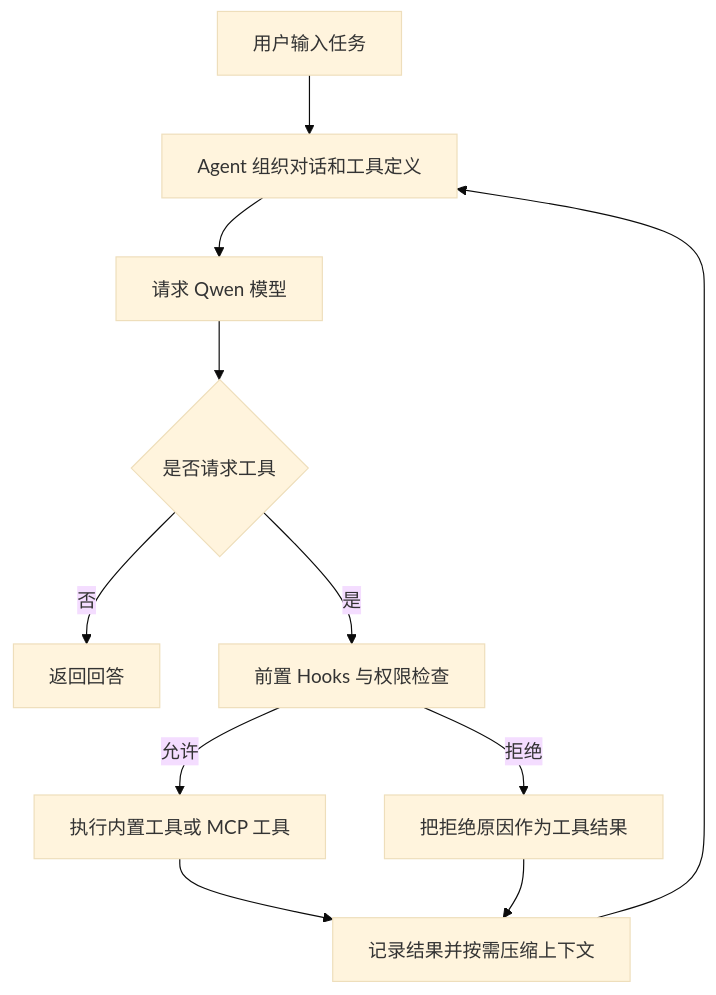
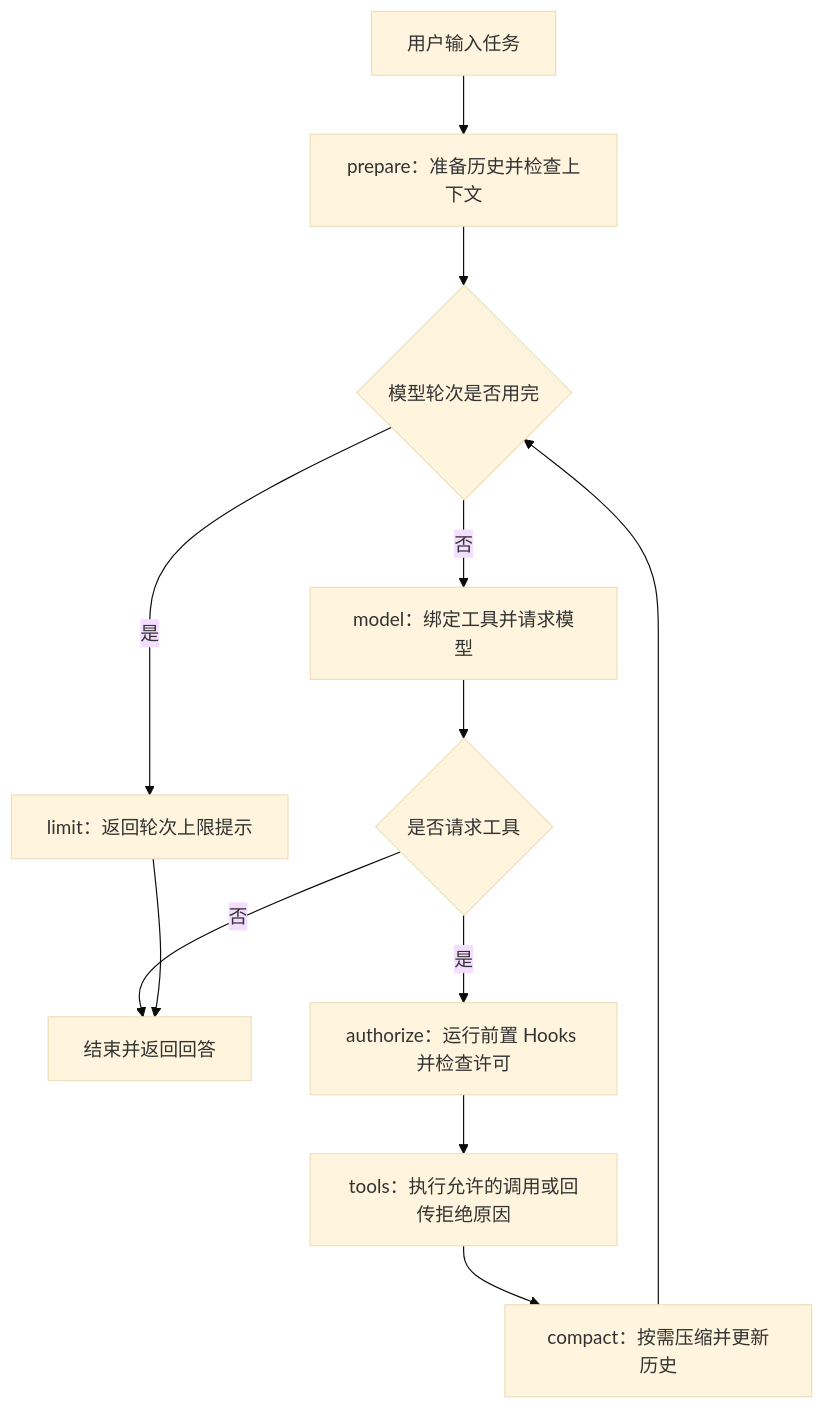
Before and after one commit to Yuzhu-Ran/corecoder-qwen: the diagram in README_CN.md, drawn with Mermaid (base theme). The commit also changed other lines of this file and 17 other files, not shown here.

````diff
--- a/README_CN.md
+++ b/README_CN.md
@@ -114,13 +134,14 @@
 ```mermaid
 flowchart TD
-    A[用户输入任务] --> B[Agent 组织对话和工具定义]
-    B --> C[请求 Qwen 模型]
-    C --> D{是否请求工具}
-    D -- 否 --> I[返回回答]
-    D -- 是 --> E[前置 Hooks 与权限检查]
-    E -- 允许 --> F[执行内置工具或 MCP 工具]
-    E -- 拒绝 --> G[把拒绝原因作为工具结果]
-    F --> H[记录结果并按需压缩上下文]
-    G --> H
-    H --> B
+    A[用户输入任务] --> P[prepare：准备历史并检查上下文]
+    P --> R{模型轮次是否用完}
+    R -- 否 --> M[model：绑定工具并请求模型]
+    R -- 是 --> L[limit：返回轮次上限提示]
+    M --> D{是否请求工具}
+    D -- 否 --> E[结束并返回回答]
+    D -- 是 --> U[authorize：运行前置 Hooks 并检查许可]
+    U --> T[tools：执行允许的调用或回传拒绝原因]
+    T --> C[compact：按需压缩并更新历史]
+    C --> R
+    L --> E
 ```
````
